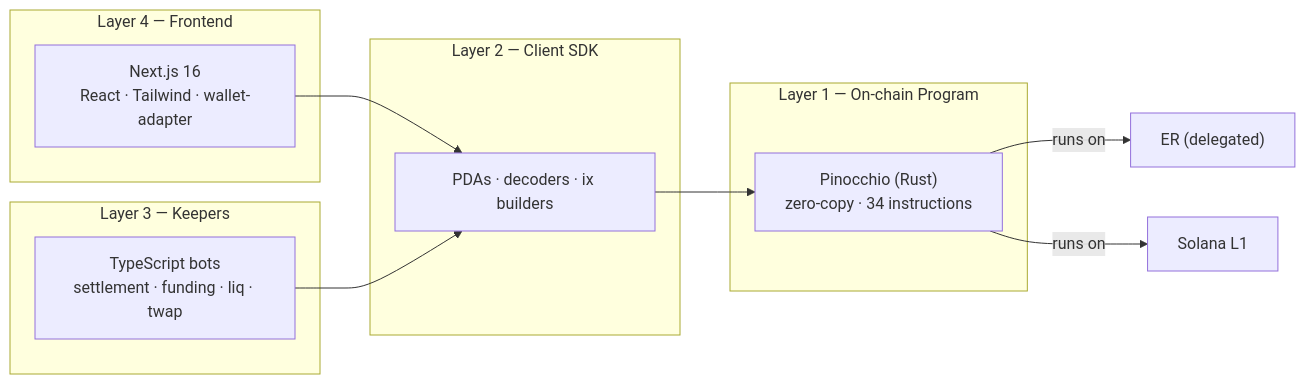
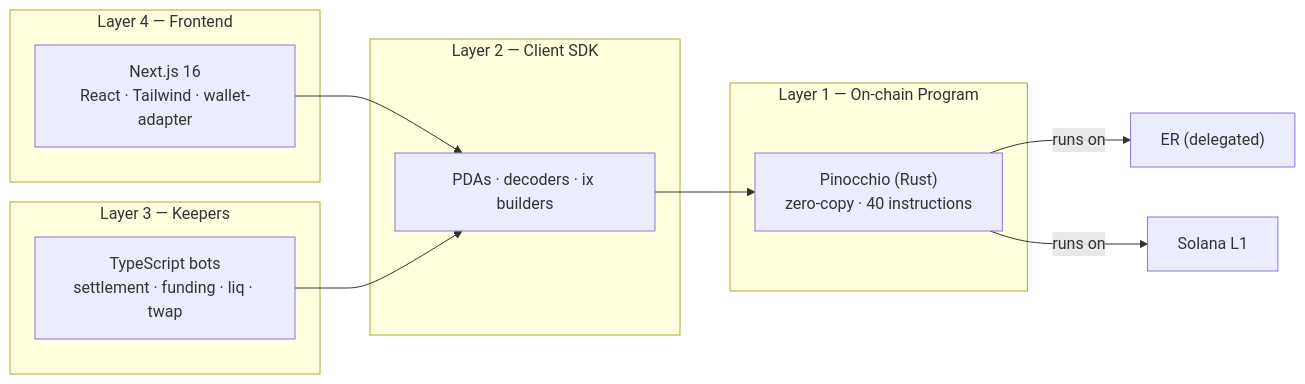
Before and after one commit to Ansh-699/SlipStream: the second of 10 diagrams in docs/00-architecture-diagrams.md, drawn with Mermaid. The commit also changed other lines of this file and 3 other files, not shown here.

````diff
--- a/docs/00-architecture-diagrams.md
+++ b/docs/00-architecture-diagrams.md
@@ -104,21 +107,21 @@
 ```mermaid
 flowchart LR
   subgraph L4["Layer 4 — Frontend"]
     F["Next.js 16<br/>React · Tailwind · wallet-adapter"]
   end
   subgraph L3["Layer 3 — Keepers"]
     K["TypeScript bots<br/>settlement · funding · liq · twap"]
   end
   subgraph L2["Layer 2 — Client SDK"]
     S["PDAs · decoders · ix builders"]
   end
   subgraph L1p["Layer 1 — On-chain Program"]
-    P["Pinocchio (Rust)<br/>zero-copy · 34 instructions"]
+    P["Pinocchio (Rust)<br/>zero-copy · 40 instructions"]
   end
 
   F --> S
   K --> S
   S --> P
   P -->|runs on| ER2["ER (delegated)"]
   P -->|runs on| L1b["Solana L1"]
 ```
````
